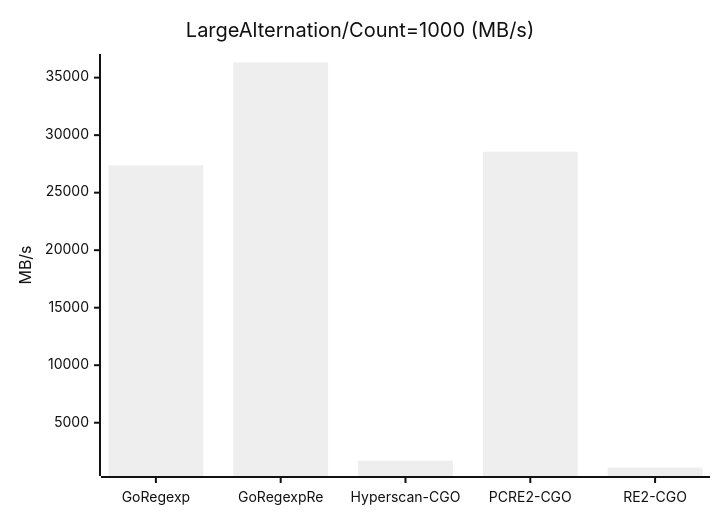
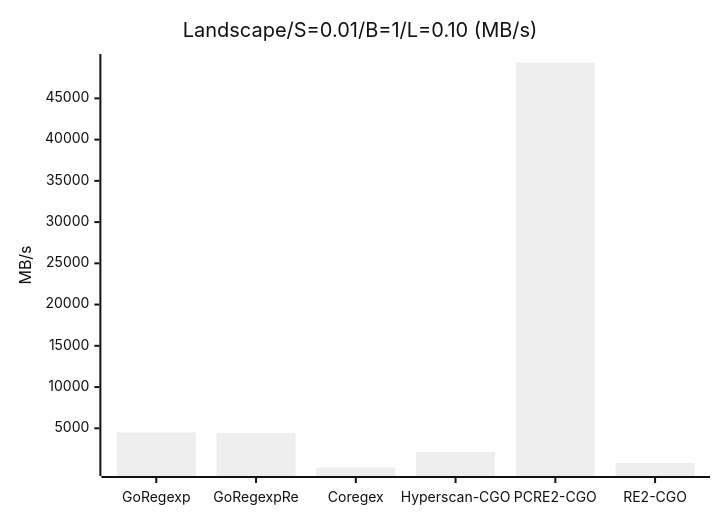
Before and after one commit to kamichidu/go-regexp-re: the eighth of 47 diagrams in _benchmark_results/cgo_engines.md, drawn with Mermaid (neutral theme). The commit also changed other lines of this file and 3 other files, not shown here.

````diff
--- a/_benchmark_results/cgo_engines.md
+++ b/_benchmark_results/cgo_engines.md
@@ -117,7 +169,7 @@
 ```mermaid
 xychart-beta
-    title "LargeAlternation/Count=1000 (MB/s)"
-    x-axis ["GoRegexp", "GoRegexpRe", "Hyperscan-CGO", "PCRE2-CGO", "RE2-CGO"]
+    title "Landscape/S=0.01/B=1/L=0.10 (MB/s)"
+    x-axis ["GoRegexp", "GoRegexpRe", "Coregex", "Hyperscan-CGO", "PCRE2-CGO", "RE2-CGO"]
     y-axis "MB/s"
-    bar [27377.43, 36315.60, 1703.87, 28563.57, 1107.40]
+    bar [4497.73, 4428.65, 246.30, 2143.19, 49349.46, 793.37]
 ```
````
